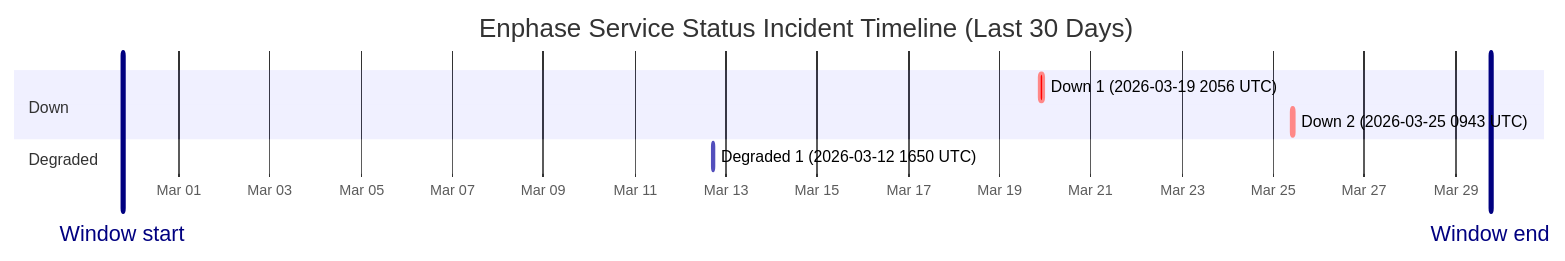
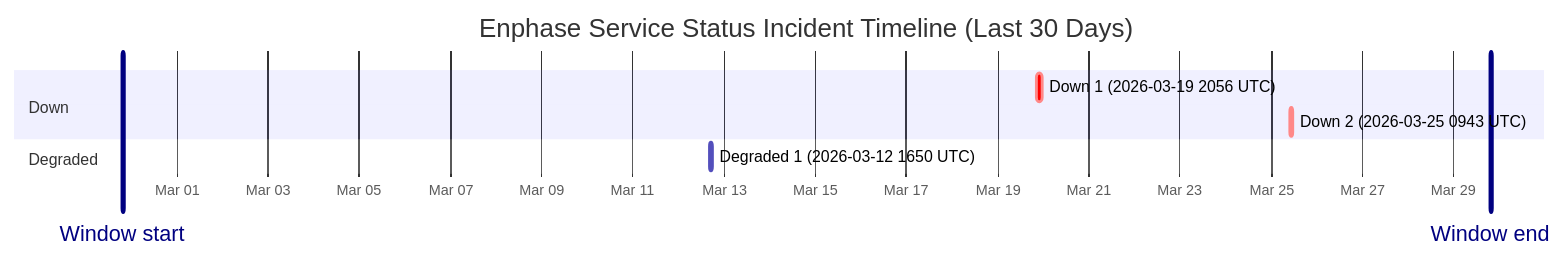
Before and after one commit to barneyonline/ha-enphase-ev-charger: the diagram in wiki/Service-Status-History.md, drawn with Mermaid. The commit also changed other lines of this file and 3 other files, not shown here.

````diff
--- a/wiki/Service-Status-History.md
+++ b/wiki/Service-Status-History.md
@@ -14,13 +14,13 @@
 ```mermaid
 gantt
     title Enphase Service Status Incident Timeline (Last 30 Days)
     dateFormat  YYYY-MM-DDTHH:mm:ss
     axisFormat  %b %d
-    Window start :vert, window-start, 2026-02-27T18:28:21, 0ms
-    Window end :vert, window-end, 2026-03-29T18:28:21, 0ms
+    Window start :vert, window-start, 2026-02-27T19:25:28, 0ms
+    Window end :vert, window-end, 2026-03-29T19:25:28, 0ms
     section Down
     Down 1 (2026-03-19 2056 UTC) :crit, down-1, 2026-03-19T20:56:20, 145m
     Down 2 (2026-03-25 0943 UTC) :crit, down-2, 2026-03-25T09:43:28, 111m
     section Degraded
     Degraded 1 (2026-03-12 1650 UTC) :active, degraded-1, 2026-03-12T16:50:43, 60m
 ```
````
